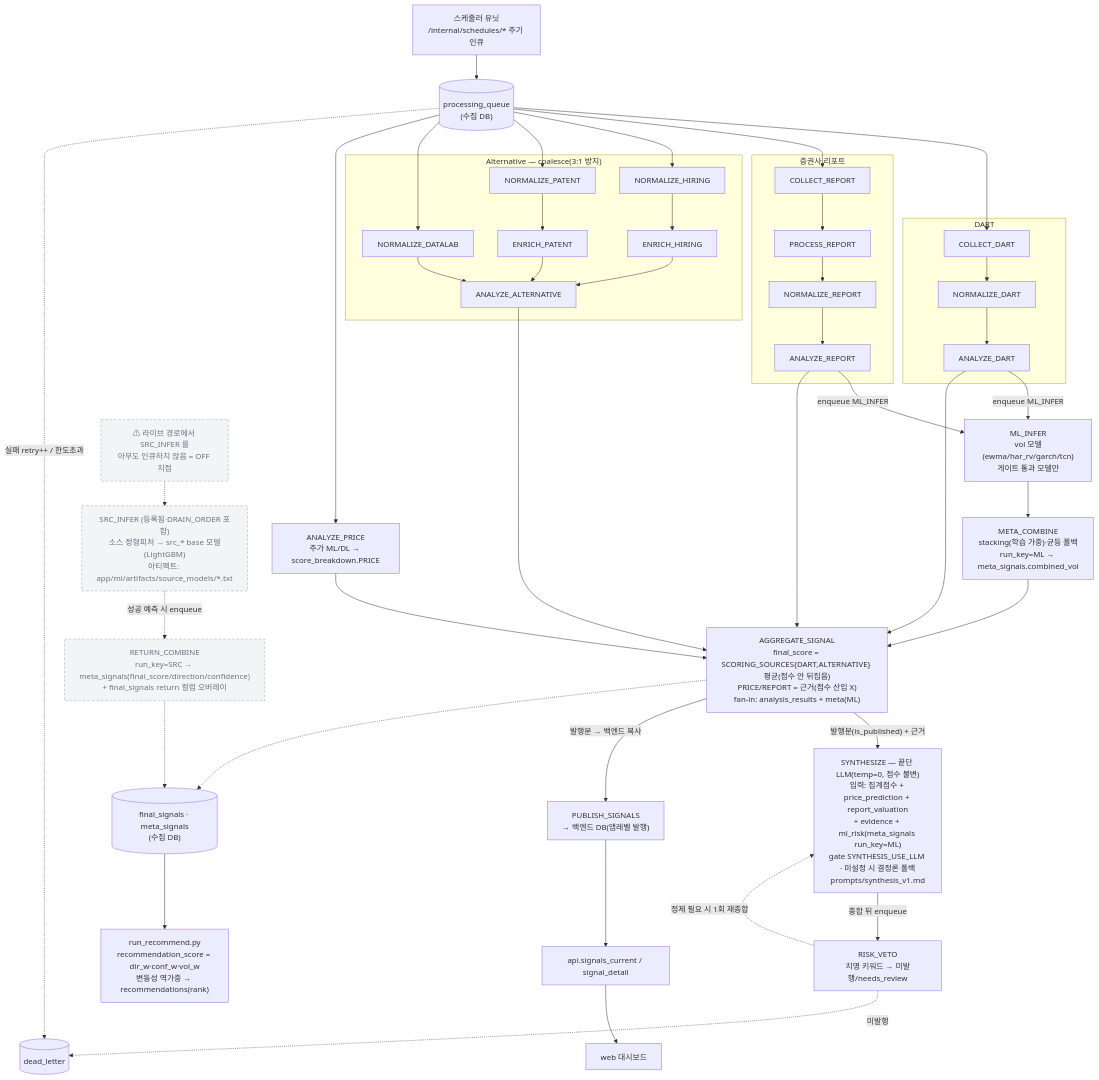
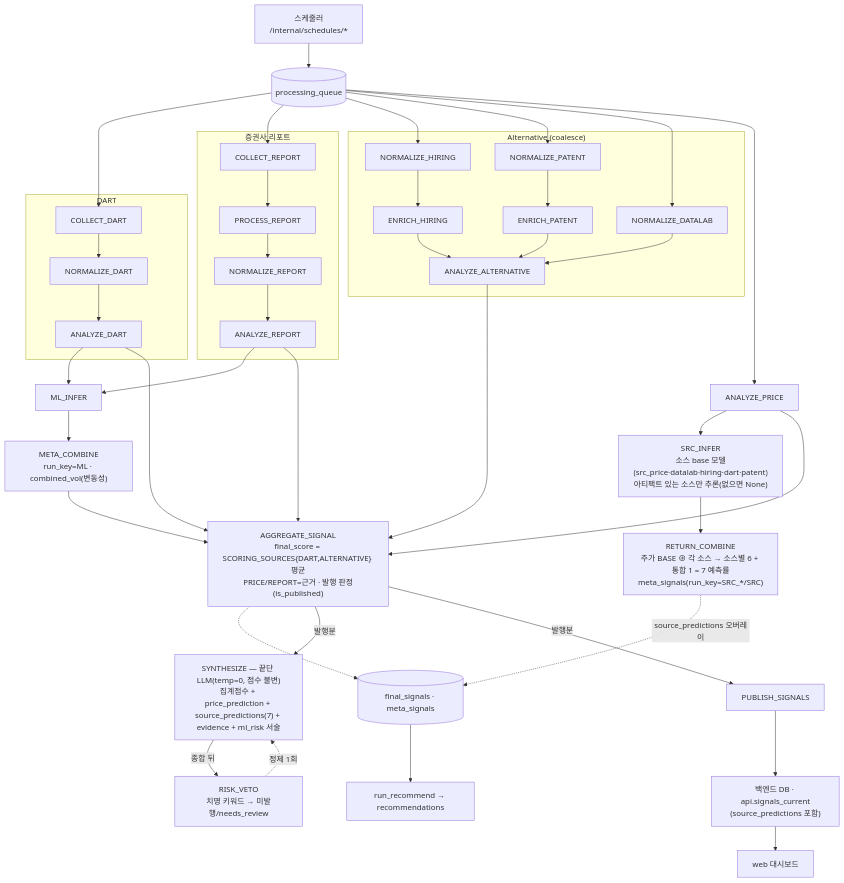
Before and after one commit to AIX14-3/signal-alpha: the diagram in docs/spec/worker-pipeline-detailed.md, drawn with Mermaid. The commit also changed other lines of this file and 1 other file, not shown here.

````diff
--- a/docs/spec/worker-pipeline-detailed.md
+++ b/docs/spec/worker-pipeline-detailed.md
@@ -21,65 +10,53 @@
 ```mermaid
 flowchart TB
-  sch["스케줄러 유닛<br/>/internal/schedules/* 주기 인큐"] --> Q[("processing_queue<br/>(수집 DB)")]
+  sch["스케줄러<br/>/internal/schedules/*"] --> Q[("processing_queue")]
 
-  subgraph SRC_DART["DART"]
+  subgraph DART
     cd[COLLECT_DART] --> nd[NORMALIZE_DART] --> ad[ANALYZE_DART]
   end
-  subgraph SRC_REPORT["증권사 리포트"]
+  subgraph REPORT["증권사 리포트"]
     cr[COLLECT_REPORT] --> prc[PROCESS_REPORT] --> nr[NORMALIZE_REPORT] --> ar[ANALYZE_REPORT]
   end
-  subgraph SRC_ALT["Alternative — coalesce(3:1 방지)"]
+  subgraph ALT["Alternative (coalesce)"]
     nh[NORMALIZE_HIRING] --> eh[ENRICH_HIRING]
     npa[NORMALIZE_PATENT] --> ep[ENRICH_PATENT]
     ndl[NORMALIZE_DATALAB]
     eh --> aa[ANALYZE_ALTERNATIVE]
     ep --> aa
     ndl --> aa
   end
-  ap["ANALYZE_PRICE<br/>주가 ML/DL → score_breakdown.PRICE"]
+  ap[ANALYZE_PRICE]
 
   Q --> cd
   Q --> cr
   Q --> nh
   Q --> npa
   Q --> ndl
   Q --> ap
 
-  %% ── vol 채널 (run_key=ML) : OHLCV 변동성 ──
-  ad -- "enqueue ML_INFER" --> mi["ML_INFER<br/>vol 모델(ewma/har_rv/garch/tcn)<br/>게이트 통과 모델만"]
-  ar -- "enqueue ML_INFER" --> mi
-  mi --> mc["META_COMBINE<br/>stacking(학습 가중)·균등 폴백<br/>run_key=ML → meta_signals.combined_vol"]
+  %% 변동성 채널 (run_key=ML)
+  ad --> mi[ML_INFER]
+  ar --> mi
+  mi --> mc["META_COMBINE<br/>run_key=ML · combined_vol(변동성)"]
 
-  %% ── 소스 return 채널 (run_key=SRC) : 현재 생산자 없음(OFF) ──
-  si["SRC_INFER (등록됨·DRAIN_ORDER 포함)<br/>소스 정형피처 → src_* base 모델(LightGBM)<br/>아티팩트: app/ml/artifacts/source_models/*.txt"]:::off
-  si -. "성공 예측 시 enqueue" .-> rc["RETURN_COMBINE<br/>run_key=SRC → meta_signals(final_score/direction/confidence)<br/>+ final_signals return 컬럼 오버레이"]:::off
-  noprod["⚠ 라이브 경로에서 SRC_INFER 를<br/>아무도 인큐하지 않음 = OFF 지점"]:::off -.-> si
+  %% 메타러너 예측 라인 (주가 BASE 앵커 + 대체데이터 가산)
+  ap --> si["SRC_INFER<br/>소스 base 모델(src_price·datalab·hiring·dart·patent)<br/>아티팩트 있는 소스만 추론(없으면 None)"]
+  si --> rc["RETURN_COMBINE<br/>주가 BASE ⊕ 각 소스 → 소스별 6 + 통합 1 = 7 예측률<br/>meta_signals(run_key=SRC_*/SRC)"]
 
-  %% ── 집계(fan-in) ──
   ad --> agg
   ar --> agg
   aa --> agg
   ap --> agg
   mc --> agg
-  agg["AGGREGATE_SIGNAL<br/>final_score = SCORING_SOURCES{DART,ALTERNATIVE} 평균(점수 안 뒤집음)<br/>PRICE/REPORT = 근거(점수 산입 X)<br/>fan-in: analysis_results + meta(ML)"]
+  agg["AGGREGATE_SIGNAL<br/>final_score = SCORING_SOURCES{DART,ALTERNATIVE} 평균<br/>PRICE/REPORT=근거 · 발행 판정(is_published)"]
 
-  %% ── 게이트(발행 판정) → 종합 → veto → 발행 ──
-  %% AGGREGATE 가 게이트2(신호·모델 품질, is_published) 역할: 발행분만 종합/발행으로 인큐.
-  agg -- "발행분(is_published) + 근거" --> sy["SYNTHESIZE — 끝단 LLM(temp=0, 점수 불변)<br/>입력: 집계점수 + price_prediction + report_valuation<br/>+ evidence + ml_risk(meta_signals run_key=ML)<br/>gate SYNTHESIS_USE_LLM · 미설정 시 결정론 폴백<br/>prompts/synthesis_v1.md"]
-  agg -- "발행분 → 백엔드 복사" --> pub["PUBLISH_SIGNALS<br/>→ 백엔드 DB(앱레벨 발행)"]
-  sy -- "종합 뒤 enqueue" --> rv["RISK_VETO<br/>치명 키워드 → 미발행/needs_review"]
-  rv -. "정제 필요 시 1회 재종합" .-> sy
-  pub --> api["api.signals_current / signal_detail"] --> web["web 대시보드"]
+  rc -. "source_predictions 오버레이" .-> fsig[("final_signals · meta_signals")]
+  agg -.-> fsig
 
-  %% ── 추천 라인 ──
-  fs[("final_signals · meta_signals<br/>(수집 DB)")]
-  agg -.-> fs
-  rc -.-> fs
-  fs --> rec["run_recommend.py<br/>recommendation_score = dir_w·conf_w·vol_w<br/>변동성 역가중 → recommendations(rank)"]
-
-  %% ── 안정화 ──
-  rv -. "미발행" .-> dlq[("dead_letter")]
-  Q -. "실패 retry++ / 한도초과" .-> dlq
-
-  classDef off stroke-dasharray:5 4,fill:#f3f4f6,stroke:#9ca3af,color:#6b7280;
+  agg -- "발행분" --> sy["SYNTHESIZE — 끝단 LLM(temp=0, 점수 불변)<br/>집계점수 + price_prediction + source_predictions(7) + evidence + ml_risk 서술"]
+  agg -- "발행분" --> pub[PUBLISH_SIGNALS]
+  sy -- "종합 뒤" --> rv["RISK_VETO<br/>치명 키워드 → 미발행/needs_review"]
+  rv -. "정제 1회" .-> sy
+  pub --> api["백엔드 DB · api.signals_current<br/>(source_predictions 포함)"] --> web[web 대시보드]
+  fsig --> rec["run_recommend → recommendations"]
 ```
````
